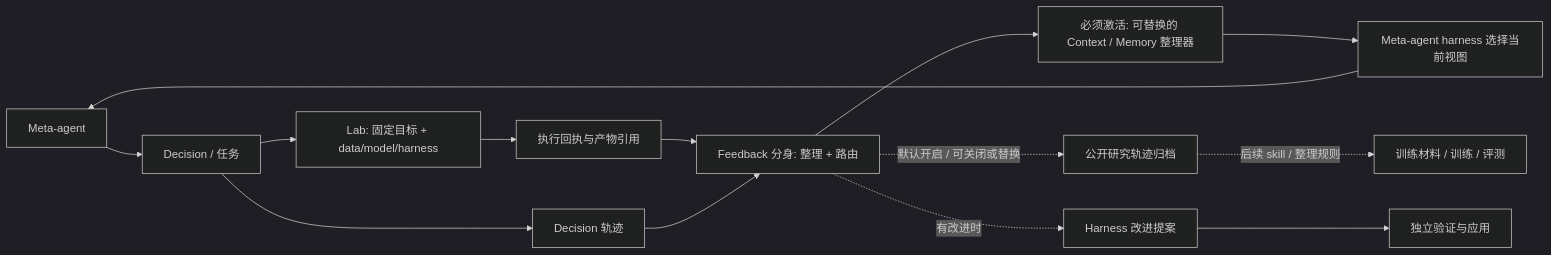
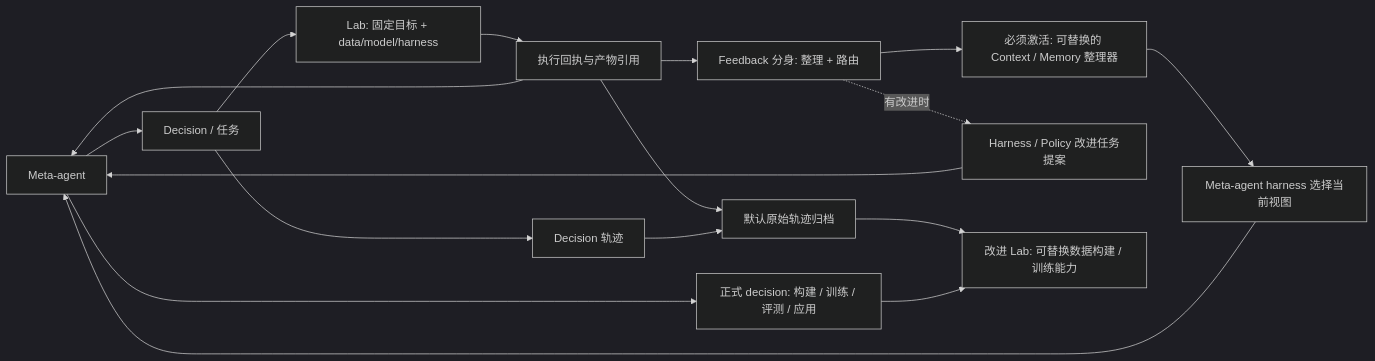
Before and after one commit to FreedomIntelligence/RSIComposer: the diagram in src/rsisys/loops/decision_making/feedback/README.md, drawn with Mermaid (dark theme). The commit also changed other lines of this file and 147 other files, not shown here.

Commit message:
Decouple feedback, decision and Lab modules; add real medical Open Lab launcher

````diff
--- a/src/rsisys/loops/decision_making/feedback/README.md
+++ b/src/rsisys/loops/decision_making/feedback/README.md
@@ -22,16 +29,19 @@
 ```mermaid
 flowchart LR
     M[Meta-agent] --> D[Decision / 任务]
     D --> L[Lab: 固定目标 + data/model/harness]
     L --> E[执行回执与产物引用]
     D --> T[Decision 轨迹]
+    E --> M
+    E --> W[默认原始轨迹归档]
+    T --> W
     E --> F[Feedback 分身: 整理 + 路由]
-    T --> F
     F --> K[必须激活: 可替换的 Context / Memory 整理器]
-    F -. 默认开启 / 可关闭或替换 .-> W[公开研究轨迹归档]
-    F -. 有改进时 .-> H[Harness 改进提案]
+    F -. 有改进时 .-> H[Harness / Policy 改进任务提案]
     K --> V[Meta-agent harness 选择当前视图]
     V --> M
-    H --> G[独立验证与应用]
-    W -. 后续 skill / 整理规则 .-> D2[训练材料 / 训练 / 评测]
+    H --> M
+    M --> G[正式 decision: 构建 / 训练 / 评测 / 应用]
+    W --> D2[改进 Lab: 可替换数据构建 / 训练能力]
+    G --> D2
 ```
````
